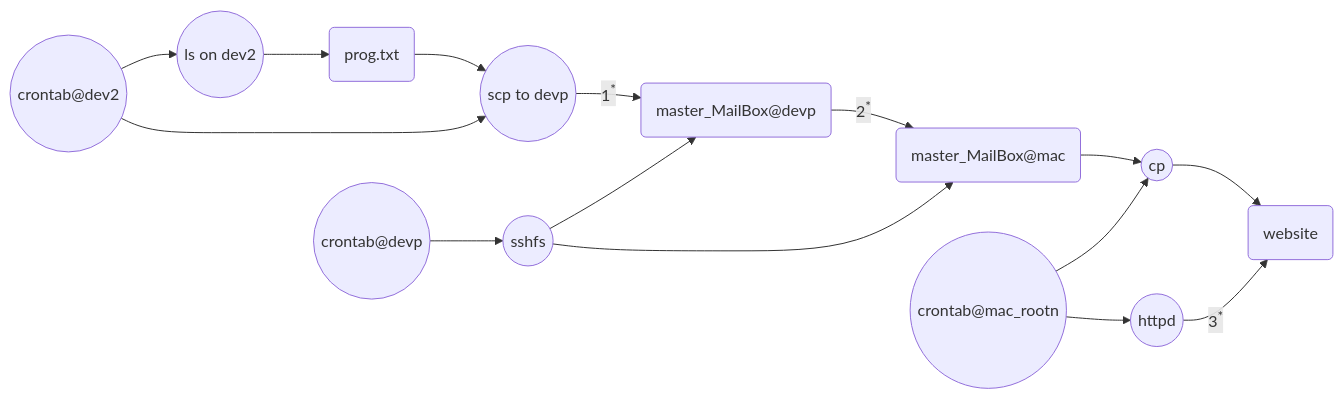
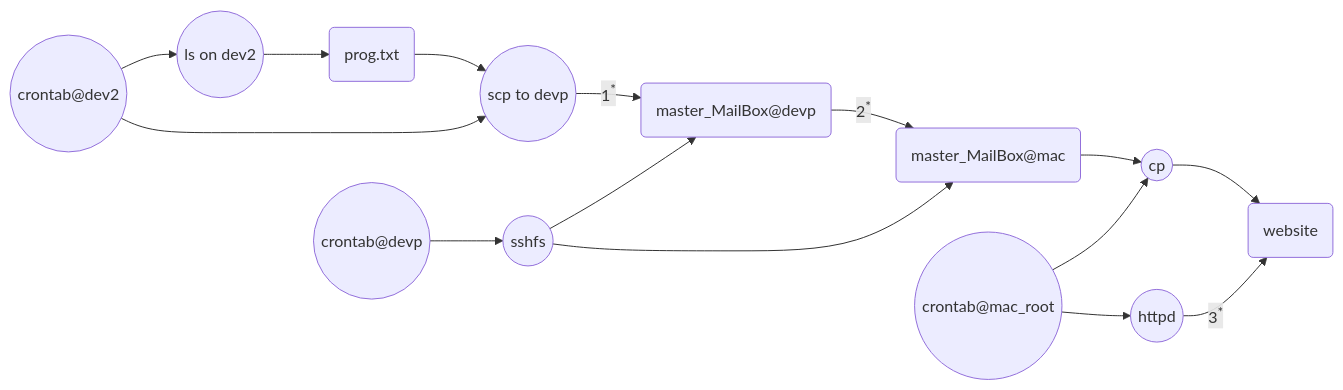
One commit to sinotec2/Focus-on-Air-Quality changed the diagram in GridModels/TWNEPA_RecommCMAQ/job_cs.md. Above: the diagram before and after it, drawn with Mermaid. The commit also changed other lines of this file, not shown here.

````diff
--- a/GridModels/TWNEPA_RecommCMAQ/job_cs.md
+++ b/GridModels/TWNEPA_RecommCMAQ/job_cs.md
@@ -189,17 +199,17 @@
 ```mermaid
 graph LR
     A(("ls on dev2")) --> B(prog.txt)
     B --> H(("scp to devp"))
     D(("crontab@dev2")) --> A
     D --> H
     H -- 1<sup>*</sup> --> C("master_MailBox@devp")
     E(("crontab@devp")) --> L((sshfs))
     C -- 2<sup>*</sup> --> F("master_MailBox@mac")
     L --> C
     L --> F
     F --> K((cp))
-    G(("crontab@mac_rootn")) --> K
+    G(("crontab@mac_root")) --> K
     K --> I(website)
     G --> J((httpd))
     J -- 3<sup>*</sup> --> I
 ```
````
